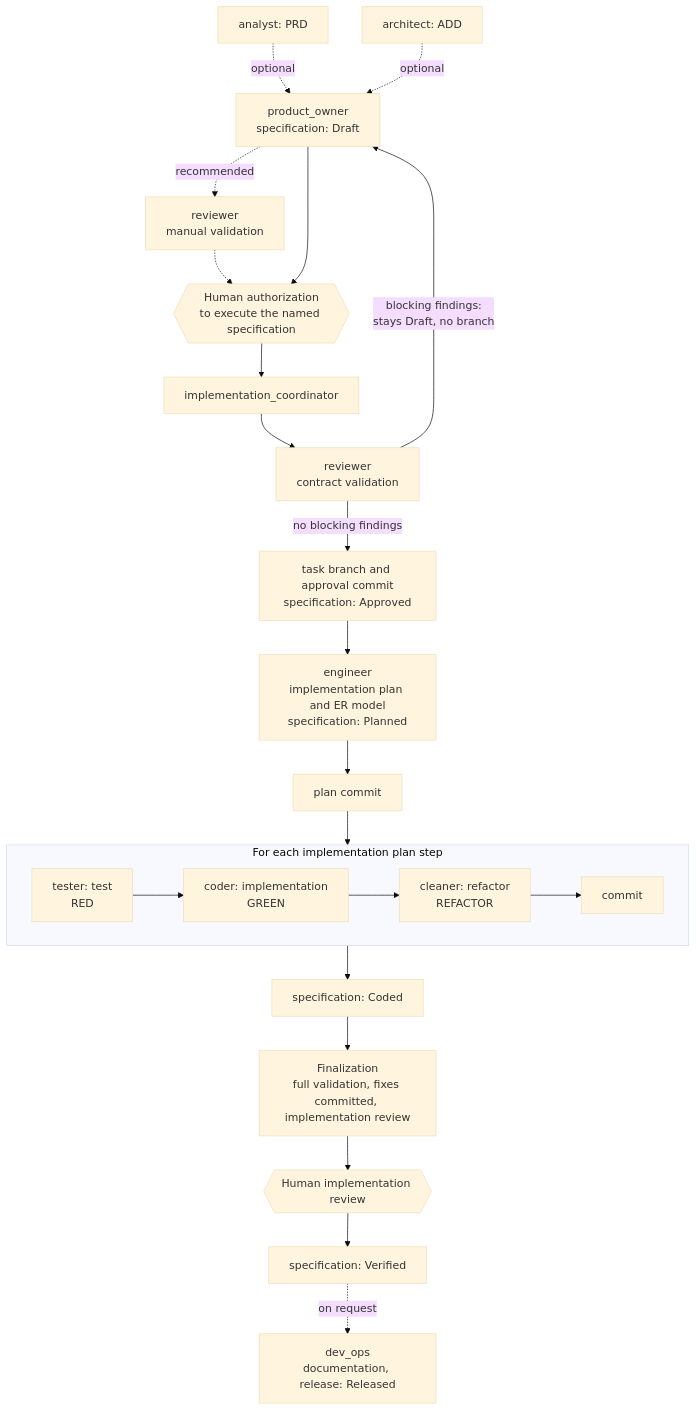
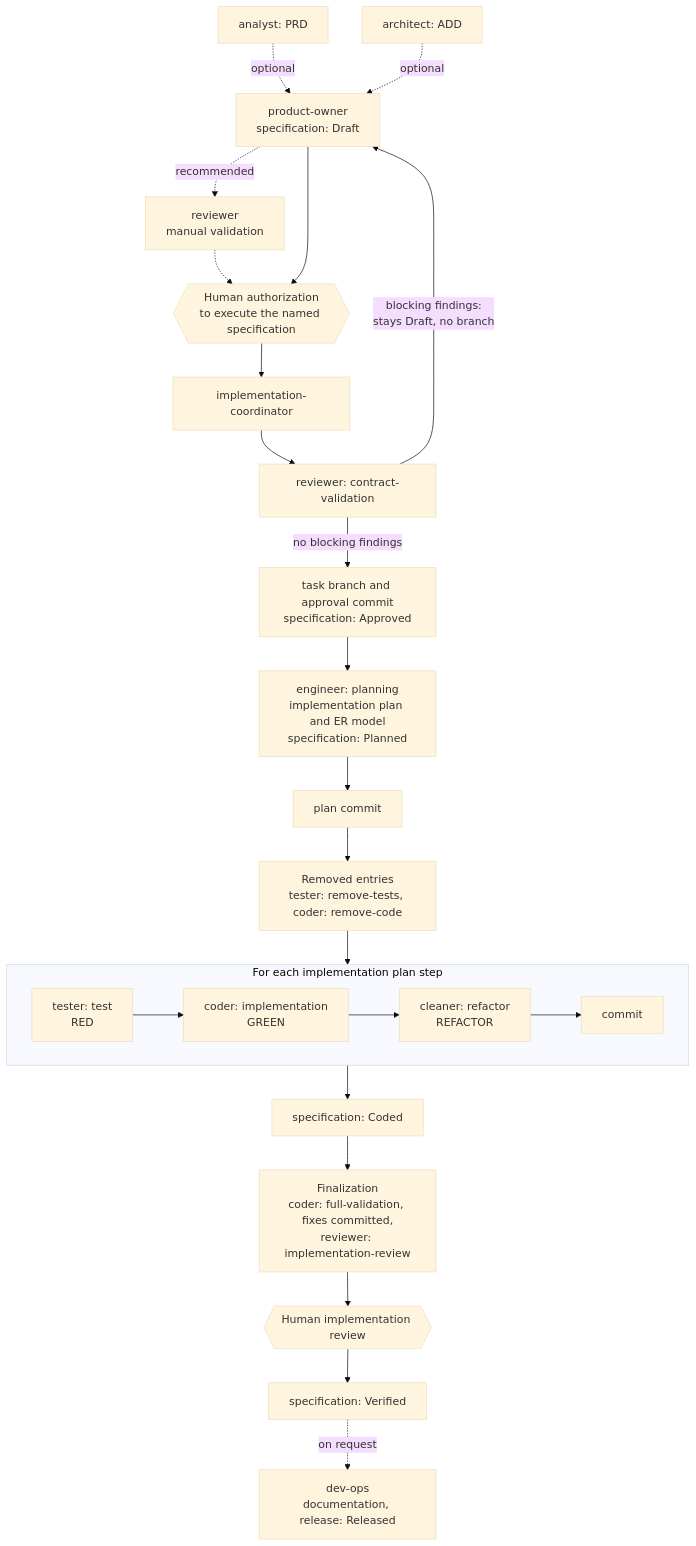
Before and after one commit to yocra3/AI_agents: the first of 2 diagrams in README.md, drawn with Mermaid (base theme). The commit also changed other lines of this file and 56 other files, not shown here.

````diff
--- a/README.md
+++ b/README.md
@@ -63,24 +76,25 @@
 ```mermaid
 flowchart TD
     AN["analyst: PRD"] -. optional .-> PO
     AR["architect: ADD"] -. optional .-> PO
-    PO["product_owner<br/>specification: Draft"] -. recommended .-> MV["reviewer<br/>manual validation"]
+    PO["product-owner<br/>specification: Draft"] -. recommended .-> MV["reviewer<br/>manual validation"]
     MV -.-> HA
     PO --> HA{{"Human authorization<br/>to execute the named specification"}}
-    HA --> IC["implementation_coordinator"]
-    IC --> RV["reviewer<br/>contract validation"]
+    HA --> IC["implementation-coordinator"]
+    IC --> RV["reviewer: contract-validation"]
     RV -- "blocking findings:<br/>stays Draft, no branch" --> PO
     RV -- "no blocking findings" --> AP["task branch and approval commit<br/>specification: Approved"]
-    AP --> EN["engineer<br/>implementation plan and ER model<br/>specification: Planned"]
+    AP --> EN["engineer: planning<br/>implementation plan and ER model<br/>specification: Planned"]
     EN --> PC["plan commit"]
-    PC --> INC
+    PC --> RM["Removed entries<br/>tester: remove-tests, coder: remove-code"]
+    RM --> INC
     subgraph INC ["For each implementation plan step"]
         direction LR
         T["tester: test<br/>RED"] --> C["coder: implementation<br/>GREEN"] --> CL["cleaner: refactor<br/>REFACTOR"] --> CM["commit"]
     end
     INC --> CO["specification: Coded"]
-    CO --> FI["Finalization<br/>full validation, fixes committed, implementation review"]
+    CO --> FI["Finalization<br/>coder: full-validation, fixes committed,<br/>reviewer: implementation-review"]
     FI --> HR{{"Human implementation review"}}
     HR --> VE["specification: Verified"]
-    VE -. on request .-> DO["dev_ops<br/>documentation, release: Released"]
+    VE -. on request .-> DO["dev-ops<br/>documentation, release: Released"]
 ```
````
